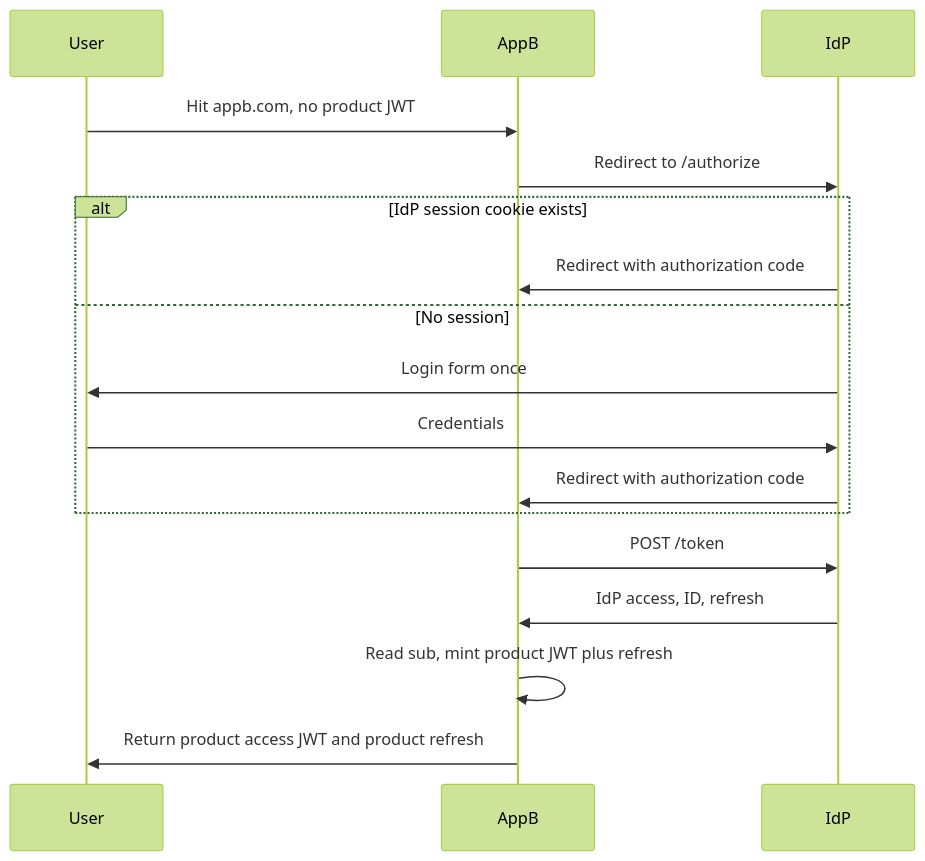
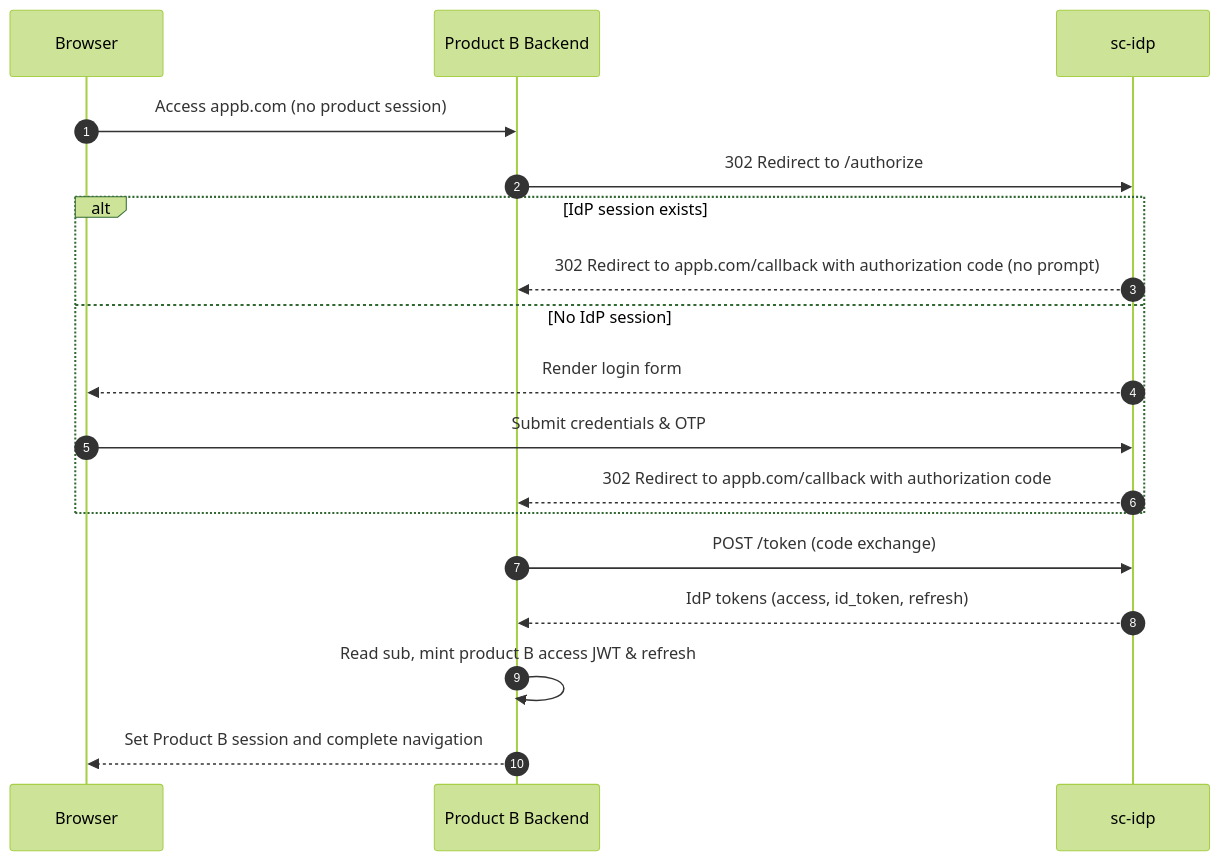
One commit to MahmoudMNael/sc-idp changed the third of 4 diagrams in docs/architecture.md. Above: the diagram before and after it, drawn with Mermaid (forest theme). The commit also changed other lines of this file and 7 other files, not shown here.

First line of the commit message:
Enhance documentation for operations, security, admin guide, and user flows

````diff
--- a/docs/architecture.md
+++ b/docs/architecture.md
@@ -30,19 +56,21 @@
 ```mermaid
 sequenceDiagram
-  participant User
-  participant AppB
-  participant IdP
-  User->>AppB: Hit appb.com, no product JWT
-  AppB->>IdP: Redirect to /authorize
-  alt IdP session cookie exists
-    IdP->>AppB: Redirect with authorization code
-  else No session
-    IdP->>User: Login form once
-    User->>IdP: Credentials
-    IdP->>AppB: Redirect with authorization code
+  autonumber
+  participant User as Browser
+  participant AppB as Product B Backend
+  participant IdP as sc-idp
+
+  User->>AppB: Access appb.com (no product session)
+  AppB->>IdP: 302 Redirect to /authorize
+  alt IdP session exists
+    IdP-->>AppB: 302 Redirect to appb.com/callback with authorization code (no prompt)
+  else No IdP session
+    IdP-->>User: Render login form
+    User->>IdP: Submit credentials & OTP
+    IdP-->>AppB: 302 Redirect to appb.com/callback with authorization code
   end
-  AppB->>IdP: POST /token
-  IdP->>AppB: IdP access, ID, refresh
-  AppB->>AppB: Read sub, mint product JWT plus refresh
-  AppB->>User: Return product access JWT and product refresh
+  AppB->>IdP: POST /token (code exchange)
+  IdP-->>AppB: IdP tokens (access, id_token, refresh)
+  AppB->>AppB: Read sub, mint product B access JWT & refresh
+  AppB-->>User: Set Product B session and complete navigation
 ```
````
